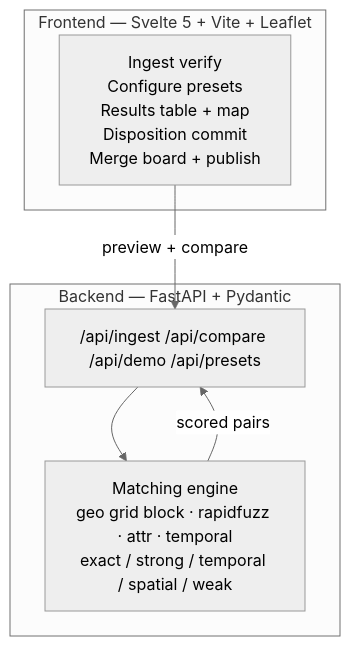
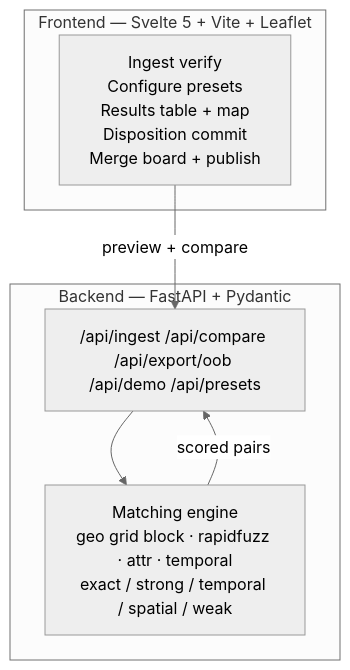
The first of 2 diagrams in README.md (mowgli42/fuzzy-reconciler), drawn with Mermaid (neutral theme) before and after one commit. The commit also changed 9 other files, not shown here.

````diff
--- a/README.md
+++ b/README.md
@@ -104,15 +104,15 @@
 ```mermaid
 flowchart TD
     subgraph Frontend["Frontend — Svelte 5 + Vite + Leaflet"]
         UI[Ingest verify<br/>Configure presets<br/>Results table + map<br/>Disposition commit<br/>Merge board + publish]
     end
 
     subgraph Backend["Backend — FastAPI + Pydantic"]
-        API["/api/ingest /api/compare /api/demo /api/presets"]
+        API["/api/ingest /api/compare /api/export/oob /api/demo /api/presets"]
         Engine[Matching engine<br/>geo grid block · rapidfuzz · attr · temporal<br/>exact / strong / temporal / spatial / weak]
     end
 
     UI -->|preview + compare| API
     API --> Engine
     Engine -->|scored pairs| API
 ```
````
